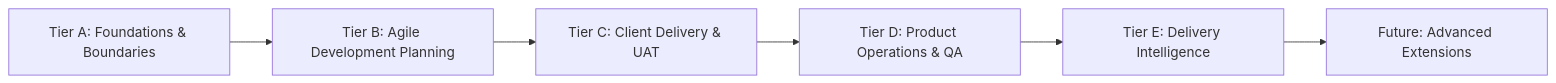
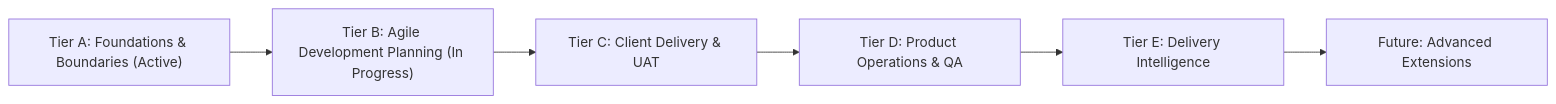
The diagram in README.md (kashvirainfotech/ks-pmt), drawn with Mermaid before and after one commit. The commit also changed other lines of this file and 1 other file, not shown here.

````diff
--- a/README.md
+++ b/README.md
@@ -117,8 +121,8 @@
 ```mermaid
 flowchart LR
-    A["Tier A: Foundations & Boundaries"] --> B["Tier B: Agile Development Planning"]
+    A["Tier A: Foundations & Boundaries (Active)"] --> B["Tier B: Agile Development Planning (In Progress)"]
     B --> C["Tier C: Client Delivery & UAT"]
     C --> D["Tier D: Product Operations & QA"]
     D --> E["Tier E: Delivery Intelligence"]
     E --> F["Future: Advanced Extensions"]
 ```
````
